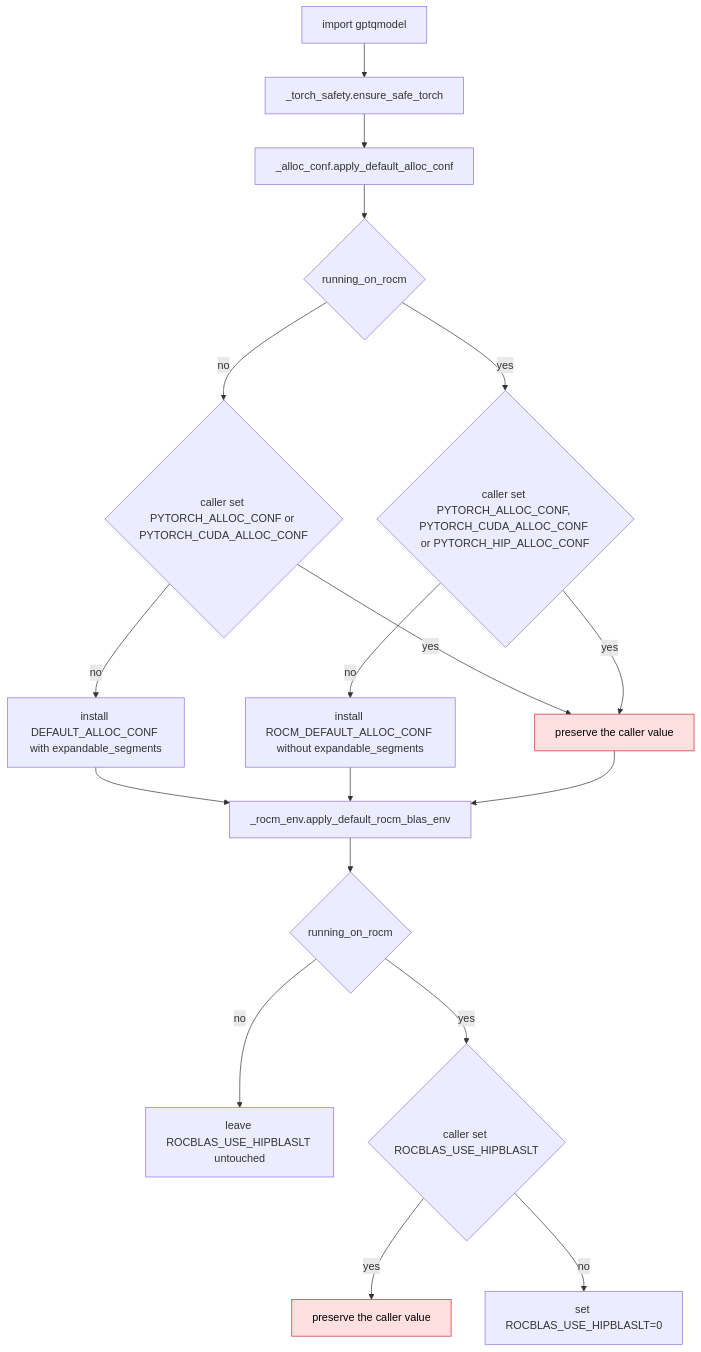
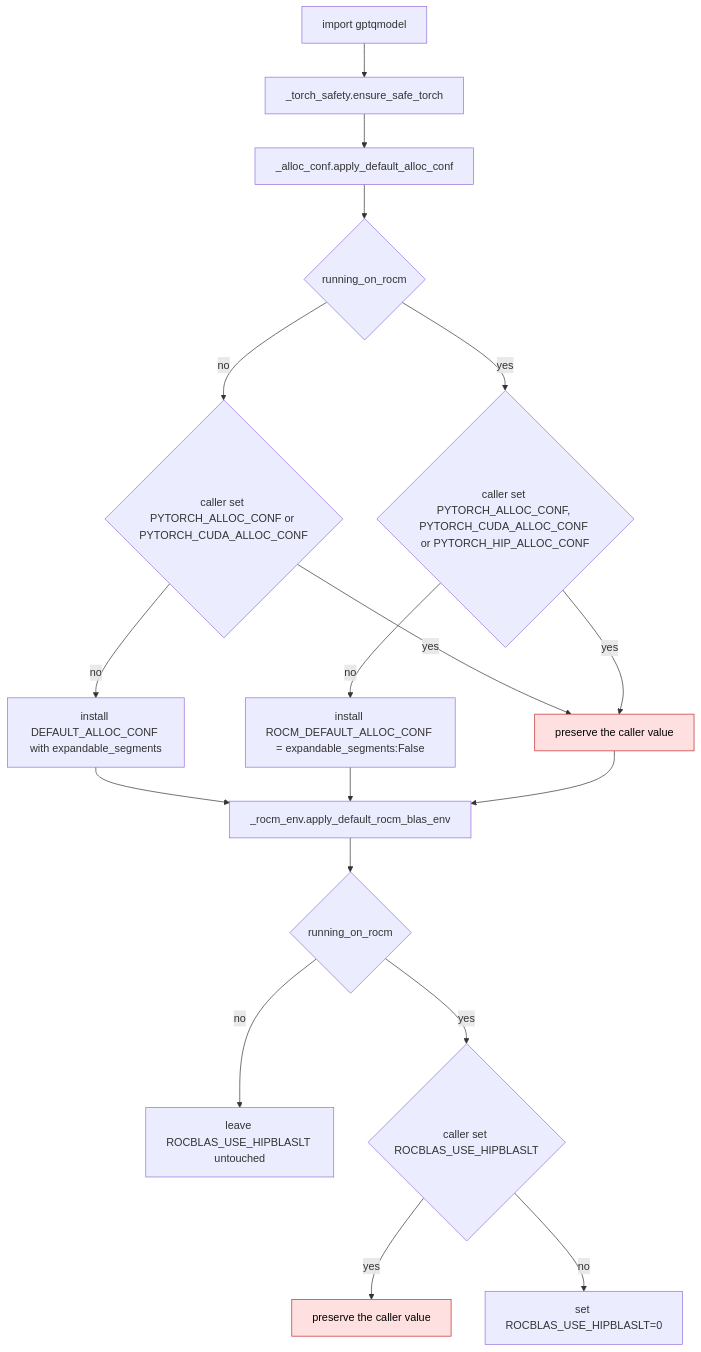
One commit to ModelCloud/GPTQModel changed the first of 2 diagrams in docs/rocm-default-environment.md. Above: the diagram before and after it, drawn with Mermaid. The commit also changed other lines of this file and 7 other files, not shown here.

First line of the commit message:
fix(rocm): stop pinning max_split_size_mb in the allocator default

````diff
--- a/docs/rocm-default-environment.md
+++ b/docs/rocm-default-environment.md
@@ -25,23 +32,23 @@
 ```mermaid
 flowchart TD
     A["import gptqmodel"] --> B["_torch_safety.ensure_safe_torch"]
     B --> C["_alloc_conf.apply_default_alloc_conf"]
     C --> D{"running_on_rocm"}
     D -- "no" --> E{"caller set PYTORCH_ALLOC_CONF or PYTORCH_CUDA_ALLOC_CONF"}
     D -- "yes" --> F{"caller set PYTORCH_ALLOC_CONF, PYTORCH_CUDA_ALLOC_CONF or PYTORCH_HIP_ALLOC_CONF"}
     E -- "yes" --> G["preserve the caller value"]
     E -- "no" --> H["install DEFAULT_ALLOC_CONF with expandable_segments"]
     F -- "yes" --> G
-    F -- "no" --> I["install ROCM_DEFAULT_ALLOC_CONF without expandable_segments"]
+    F -- "no" --> I["install ROCM_DEFAULT_ALLOC_CONF = expandable_segments:False"]
     H --> J["_rocm_env.apply_default_rocm_blas_env"]
     I --> J
     G --> J
     J --> K{"running_on_rocm"}
     K -- "no" --> L["leave ROCBLAS_USE_HIPBLASLT untouched"]
     K -- "yes" --> M{"caller set ROCBLAS_USE_HIPBLASLT"}
     M -- "yes" --> N["preserve the caller value"]
     M -- "no" --> O["set ROCBLAS_USE_HIPBLASLT=0"]
 
     classDef fail fill:#ffe0e0,stroke:#c62828,color:#000
     class G,N fail
 ```
````
